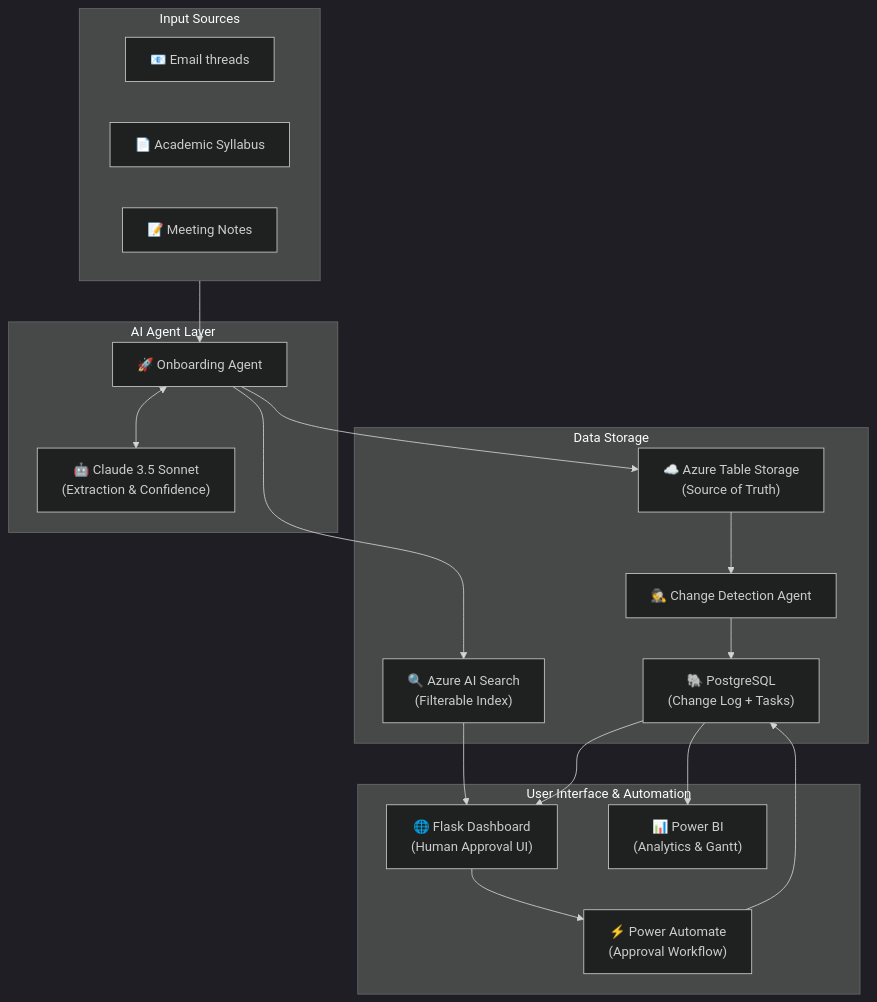
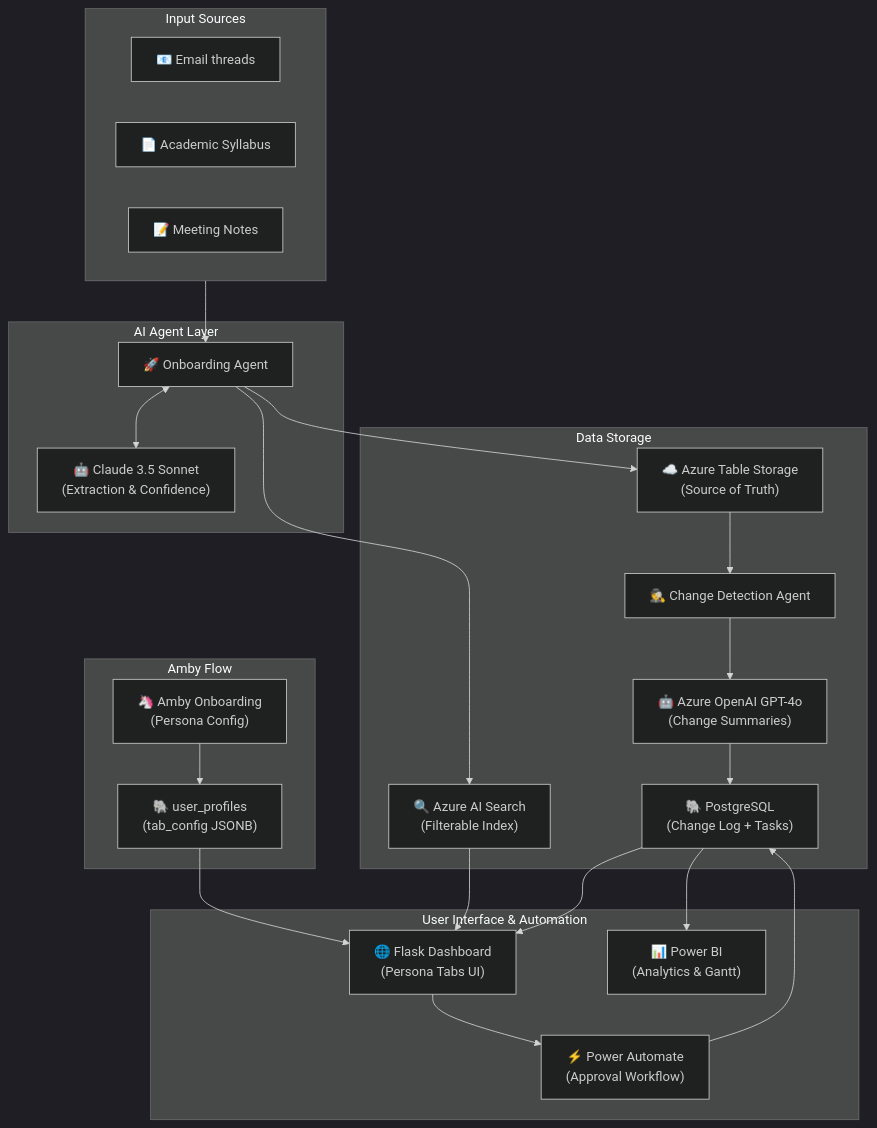
Before and after one commit to Aynlie/cwb-ambitionos: the diagram in docs/architecture.md, drawn with Mermaid (dark theme). The commit also changed other lines of this file and 3 other files, not shown here.

Commit message:
Week 3 polish: Amby architecture update, README Amby section, corporate dataset, ISACA duplicate fix

````diff
--- a/docs/architecture.md
+++ b/docs/architecture.md
@@ -5,43 +5,53 @@
 ```mermaid
 graph TD
     %% Sources
     subgraph Sources [Input Sources]
         Email["📧 Email threads"]
         Syllabus["📄 Academic Syllabus"]
         Notes["📝 Meeting Notes"]
+    end
+
+    %% Onboarding Flow
+    subgraph Onboarding [Amby Flow]
+        Amby["🦄 Amby Onboarding<br/>(Persona Config)"]
+        UP["🐘 user_profiles<br/>(tab_config JSONB)"]
     end
 
     %% Agents & Processing
     subgraph AgentLayer [AI Agent Layer]
         OA["🚀 Onboarding Agent"]
         Claude["🤖 Claude 3.5 Sonnet<br/>(Extraction & Confidence)"]
     end
 
     %% Storage
     subgraph Storage [Data Storage]
         ATS["☁️ Azure Table Storage<br/>(Source of Truth)"]
         AIS["🔍 Azure AI Search<br/>(Filterable Index)"]
         CDA["🕵️ Change Detection Agent"]
+        GPT4["🤖 Azure OpenAI GPT-4o<br/>(Change Summaries)"]
         PG["🐘 PostgreSQL<br/>(Change Log + Tasks)"]
     end
 
     %% Human-in-the-Loop & Visualization
     subgraph Output [User Interface & Automation]
-        FD["🌐 Flask Dashboard<br/>(Human Approval UI)"]
+        FD["🌐 Flask Dashboard<br/>(Persona Tabs UI)"]
         PA["⚡ Power Automate<br/>(Approval Workflow)"]
         PBI["📊 Power BI<br/>(Analytics & Gantt)"]
     end
 
     %% Connections
+    Amby --> UP
+    UP --> FD
     Sources --> OA
     OA <--> Claude
     OA --> ATS
     OA --> AIS
     ATS --> CDA
-    CDA --> PG
+    CDA --> GPT4
+    GPT4 --> PG
     PG --> PBI
     AIS --> FD
     PG --> FD
     FD --> PA
     PA --> PG
 ```
````
